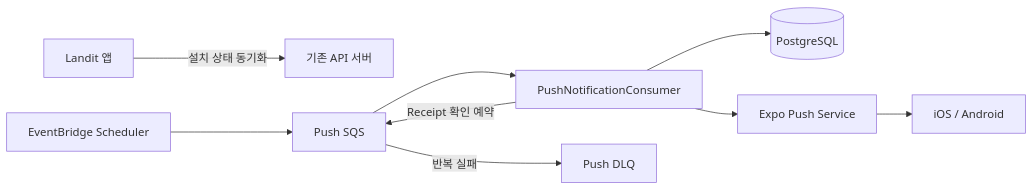
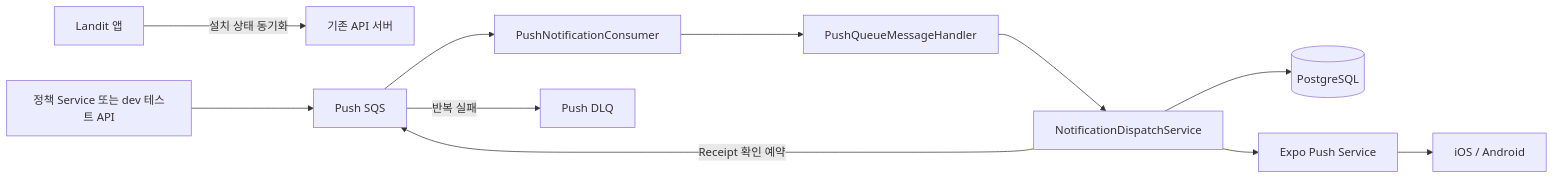
The diagram in docs/tasks/LAN-184/design.md (Aragornnnnnn/landit-be), drawn with Mermaid before and after one commit. The commit also changed other lines of this file and 29 other files, not shown here.

````diff
--- a/docs/tasks/LAN-184/design.md
+++ b/docs/tasks/LAN-184/design.md
@@ -7,11 +7,13 @@
 ```mermaid
 flowchart LR
     APP["Landit 앱"] -->|"설치 상태 동기화"| API["기존 API 서버"]
-    EB["EventBridge Scheduler"] --> SQS["Push SQS"]
+    PRODUCER["정책 Service 또는 dev 테스트 API"] --> SQS["Push SQS"]
     SQS --> CON["PushNotificationConsumer"]
-    CON --> DB[("PostgreSQL")]
-    CON --> EXPO["Expo Push Service"]
+    CON --> HANDLER["PushQueueMessageHandler"]
+    HANDLER --> SEND["NotificationDispatchService"]
+    SEND --> DB[("PostgreSQL")]
+    SEND --> EXPO["Expo Push Service"]
     EXPO --> DEVICE["iOS / Android"]
-    CON -->|"Receipt 확인 예약"| SQS
+    SEND -->|"Receipt 확인 예약"| SQS
     SQS -->|"반복 실패"| DLQ["Push DLQ"]
 ```
````
